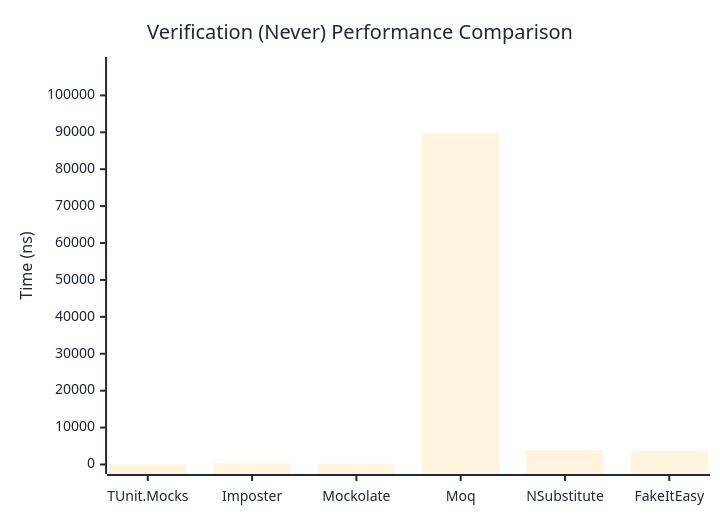
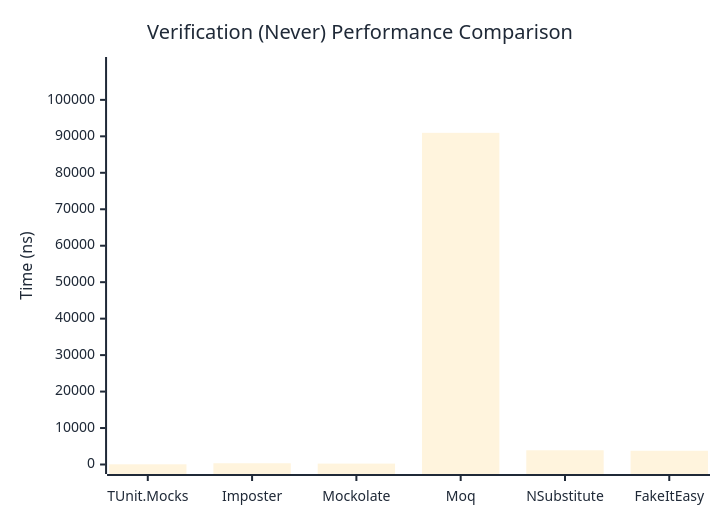
The second of 3 diagrams in docs/docs/benchmarks/mocks/Verification.md (thomhurst/TUnit), drawn with Mermaid before and after one commit. The commit also changed other lines of this file and 14 other files, not shown here.

````diff
--- a/docs/docs/benchmarks/mocks/Verification.md
+++ b/docs/docs/benchmarks/mocks/Verification.md
@@ -71,27 +71,27 @@
 ```mermaid
 %%{init: {
   'theme':'base',
   'themeVariables': {
     'primaryColor': '#2563eb',
     'primaryTextColor': '#1f2937',
     'primaryBorderColor': '#1e40af',
     'lineColor': '#6b7280',
     'secondaryColor': '#7c3aed',
     'tertiaryColor': '#dc2626',
     'background': '#ffffff',
     'pie1': '#2563eb',
     'pie2': '#7c3aed',
     'pie3': '#dc2626',
     'pie4': '#f59e0b',
     'pie5': '#10b981',
     'pie6': '#06b6d4',
     'pie7': '#ec4899',
     'pie8': '#6366f1'
   }
 }}%%
 xychart-beta
   title "Verification (Never) Performance Comparison"
   x-axis ["TUnit.Mocks", "Imposter", "Mockolate", "Moq", "NSubstitute", "FakeItEasy"]
-  y-axis "Time (ns)" 0 --> 107829
-  bar [52.86, 324.44, 236.13, 89856.67, 3922.36, 3727.84]
+  y-axis "Time (ns)" 0 --> 109150
+  bar [54.15, 340.61, 250.13, 90957.94, 3897.18, 3769.08]
 ```
````
